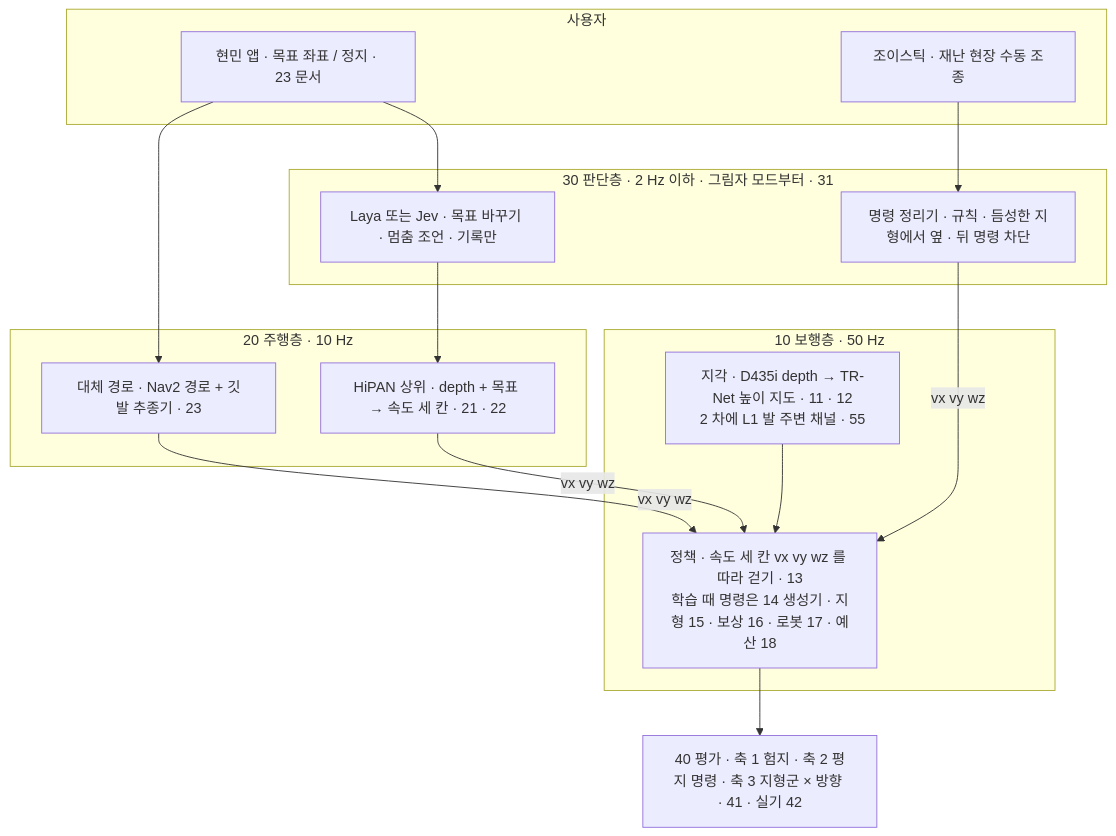
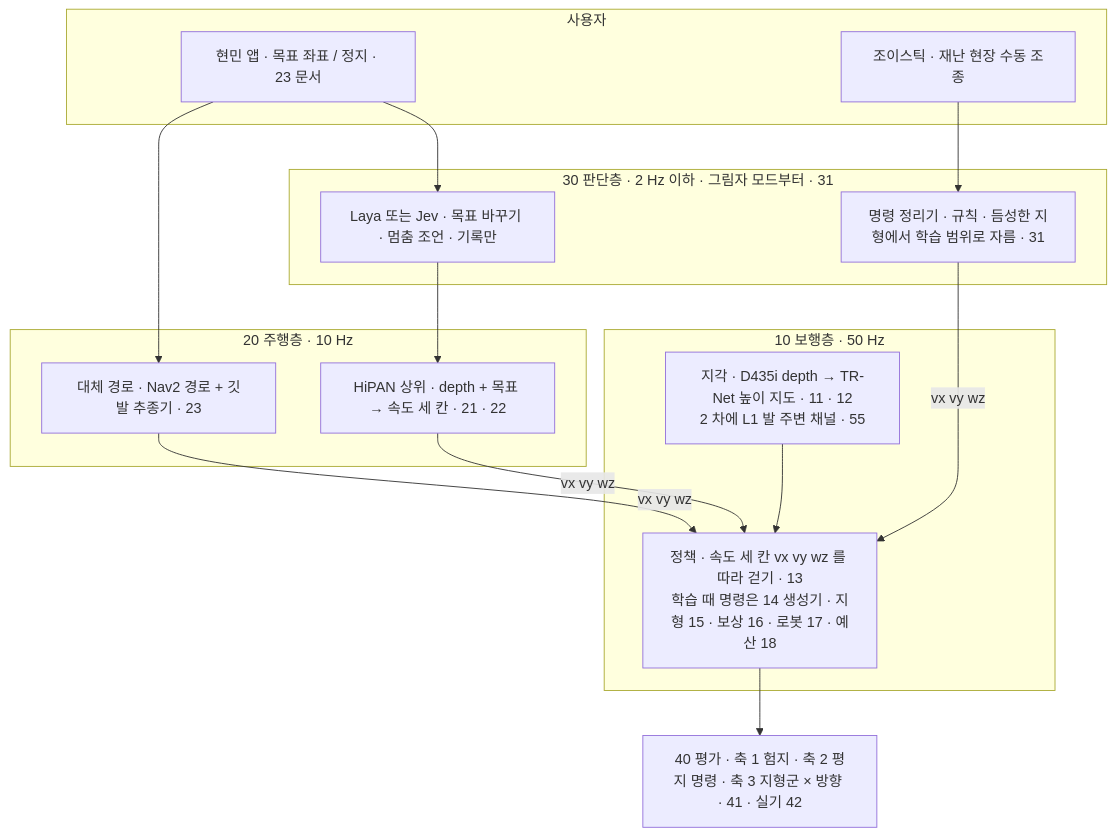
Before and after one commit to foothold-project/foothold-lab: the first of 2 diagrams in inbox/jay/20261019-design/00-OVERVIEW.md, drawn with Mermaid. The commit also changed other lines of this file and 23 other files, not shown here.

````diff
--- a/inbox/jay/20261019-design/00-OVERVIEW.md
+++ b/inbox/jay/20261019-design/00-OVERVIEW.md
@@ -27,26 +27,26 @@
 ```mermaid
 flowchart TB
   subgraph USER[사용자]
     APP[현민 앱 · 목표 좌표 / 정지 · 23 문서]
     JOY[조이스틱 · 재난 현장 수동 조종]
   end
   subgraph JUDGE[30 판단층 · 2 Hz 이하 · 그림자 모드부터 · 31]
     LJ[Laya 또는 Jev · 목표 바꾸기 · 멈춤 조언 · 기록만]
-    CLEAN[명령 정리기 · 규칙 · 듬성한 지형에서 옆 · 뒤 명령 차단]
+    CLEAN[명령 정리기 · 규칙 · 듬성한 지형에서 학습 범위로 자름 · 31]
   end
   subgraph NAV[20 주행층 · 10 Hz]
     HIPAN[HiPAN 상위 · depth + 목표 → 속도 세 칸 · 21 · 22]
     NAV2[대체 경로 · Nav2 경로 + 깃발 추종기 · 23]
   end
   subgraph LOCO[10 보행층 · 50 Hz]
     PERC[지각 · D435i depth → TR-Net 높이 지도 · 11 · 12<br/>2 차에 L1 발 주변 채널 · 55]
     POL[정책 · 속도 세 칸 vx vy wz 를 따라 걷기 · 13<br/>학습 때 명령은 14 생성기 · 지형 15 · 보상 16 · 로봇 17 · 예산 18]
   end
   APP --> LJ --> HIPAN
   APP --> NAV2
   JOY --> CLEAN -- vx vy wz --> POL
   HIPAN -- vx vy wz --> POL
   NAV2 -- vx vy wz --> POL
   PERC --> POL
   POL --> EV[40 평가 · 축 1 험지 · 축 2 평지 명령 · 축 3 지형군 × 방향 · 41 · 실기 42]
 ```
````
